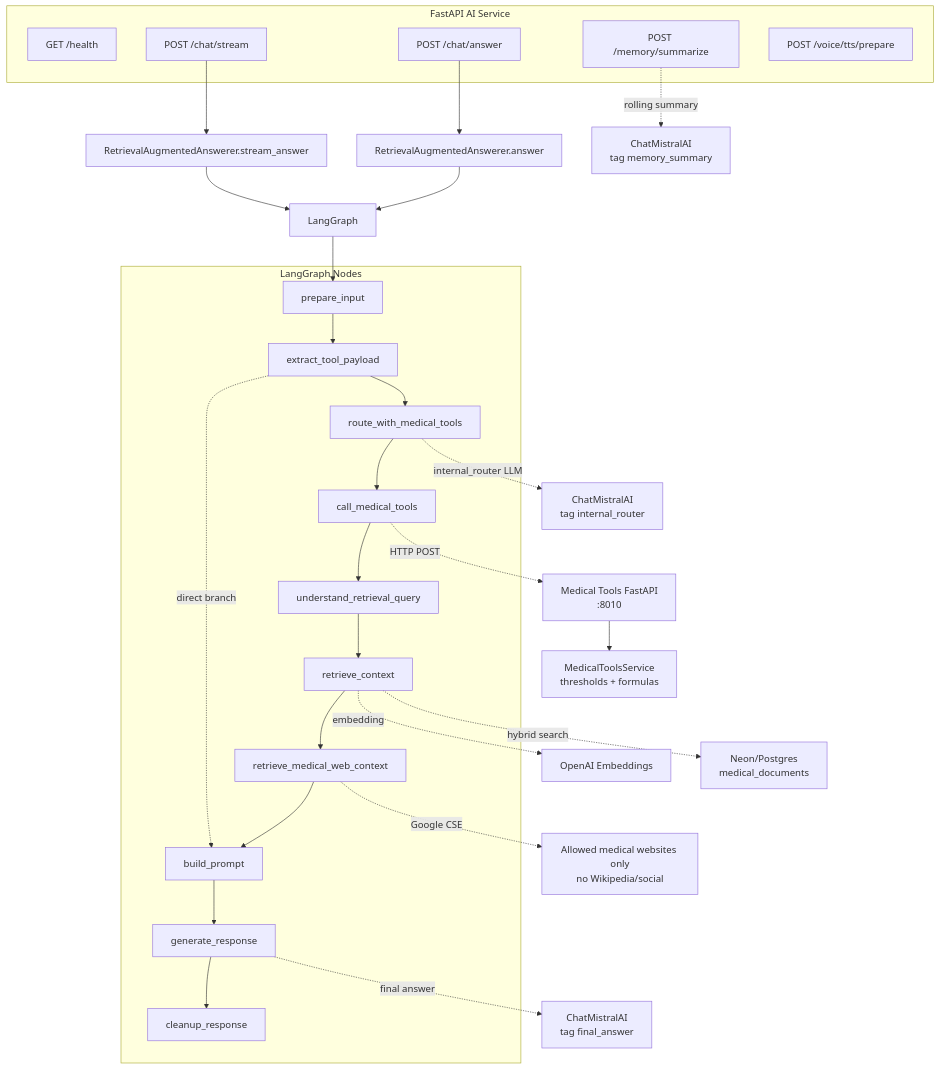
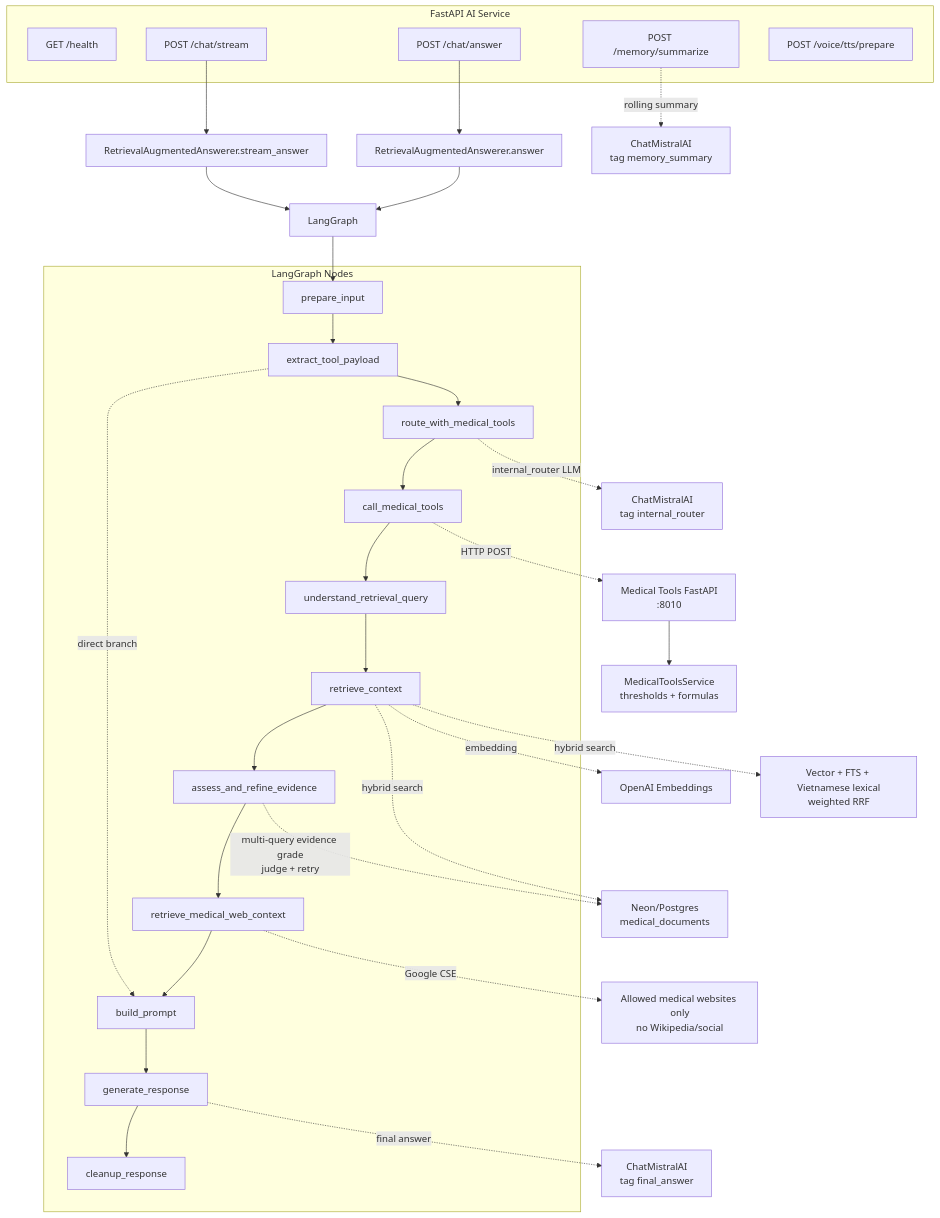
One commit to Ngoc-Quy-az1/VitalAI changed diagram 15 of 15 in doc/LangGraph_Tree.md. Above: the diagram before and after it, drawn with Mermaid. The commit also changed other lines of this file and 10 other files, not shown here.

````diff
--- a/doc/LangGraph_Tree.md
+++ b/doc/LangGraph_Tree.md
@@ -672,40 +672,43 @@
 ```mermaid
 flowchart TD
     subgraph PublicAPI["FastAPI AI Service"]
         Health["GET /health"]
         ChatAnswer["POST /chat/answer"]
         ChatStream["POST /chat/stream"]
         MemorySummary["POST /memory/summarize"]
         TTS["POST /voice/tts/prepare"]
     end
 
     ChatAnswer --> Answerer["RetrievalAugmentedAnswerer.answer"]
     ChatStream --> StreamAnswerer["RetrievalAugmentedAnswerer.stream_answer"]
     Answerer --> Graph["LangGraph"]
     StreamAnswerer --> Graph
 
     subgraph GraphNodes["LangGraph Nodes"]
         N1["prepare_input"]
         N2["extract_tool_payload"]
         N3["route_with_medical_tools"]
         N4["call_medical_tools"]
         N5["understand_retrieval_query"]
         N6["retrieve_context"]
-        N7["retrieve_medical_web_context"]
-        N8["build_prompt"]
-        N9["generate_response"]
-        N10["cleanup_response"]
+        N7["assess_and_refine_evidence"]
+        N8["retrieve_medical_web_context"]
+        N9["build_prompt"]
+        N10["generate_response"]
+        N11["cleanup_response"]
     end
 
-    Graph --> N1 --> N2 --> N3 --> N4 --> N5 --> N6 --> N7 --> N8 --> N9 --> N10
-    N2 -. "direct branch" .-> N8
+    Graph --> N1 --> N2 --> N3 --> N4 --> N5 --> N6 --> N7 --> N8 --> N9 --> N10 --> N11
+    N2 -. "direct branch" .-> N9
 
     N3 -. "internal_router LLM" .-> MistralRouter["ChatMistralAI<br/>tag internal_router"]
     N4 -. "HTTP POST" .-> MedicalAPI["Medical Tools FastAPI<br/>:8010"]
     MedicalAPI --> MedicalEngine["MedicalToolsService<br/>thresholds + formulas"]
     N6 -. "embedding" .-> OpenAIEmbeddings["OpenAI Embeddings"]
     N6 -. "hybrid search" .-> Neon["Neon/Postgres<br/>medical_documents"]
-    N7 -. "Google CSE" .-> MedicalWeb["Allowed medical websites only<br/>no Wikipedia/social"]
-    N9 -. "final answer" .-> MistralFinal["ChatMistralAI<br/>tag final_answer"]
+    N6 -. "hybrid search" .-> Hybrid["Vector + FTS + Vietnamese lexical<br/>weighted RRF"]
+    N7 -. "multi-query evidence grade<br/>judge + retry" .-> Neon
+    N8 -. "Google CSE" .-> MedicalWeb["Allowed medical websites only<br/>no Wikipedia/social"]
+    N10 -. "final answer" .-> MistralFinal["ChatMistralAI<br/>tag final_answer"]
     MemorySummary -. "rolling summary" .-> MistralMemory["ChatMistralAI<br/>tag memory_summary"]
 ```
````
